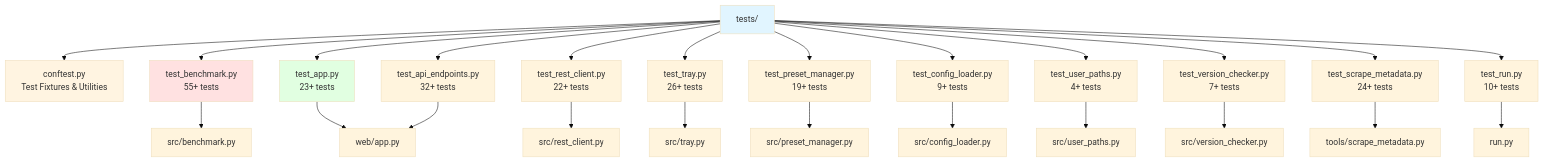
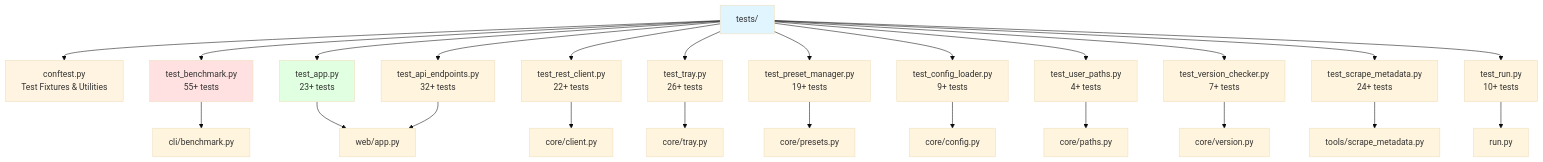
One commit to Ajimaru/LM-Studio-Bench changed diagram 12 of 12 in docs/ARCHITECTURE.md. Above: the diagram before and after it, drawn with Mermaid (base theme). The commit also changed other lines of this file and 42 other files, not shown here.

First line of the commit message:
Refactor project structure: move source files from 'src/' to 'core/' and 'cli/' directories

````diff
--- a/docs/ARCHITECTURE.md
+++ b/docs/ARCHITECTURE.md
@@ -822,33 +822,33 @@
 ```mermaid
 graph TB
     Tests[tests/] --> Fixtures[conftest.py<br/>Test Fixtures & Utilities]
 
     Tests --> BenchmarkTests[test_benchmark.py<br/>55+ tests]
     Tests --> AppTests[test_app.py<br/>23+ tests]
     Tests --> APITests[test_api_endpoints.py<br/>32+ tests]
     Tests --> RestTests[test_rest_client.py<br/>22+ tests]
     Tests --> TrayTests[test_tray.py<br/>26+ tests]
     Tests --> PresetTests[test_preset_manager.py<br/>19+ tests]
     Tests --> ConfigTests[test_config_loader.py<br/>9+ tests]
     Tests --> PathTests[test_user_paths.py<br/>4+ tests]
     Tests --> VersionTests[test_version_checker.py<br/>7+ tests]
     Tests --> MetadataTests[test_scrape_metadata.py<br/>24+ tests]
     Tests --> RunTests[test_run.py<br/>10+ tests]
 
-    BenchmarkTests --> Benchmark[src/benchmark.py]
+    BenchmarkTests --> Benchmark[cli/benchmark.py]
     AppTests --> WebApp[web/app.py]
     APITests --> WebApp
-    RestTests --> RestClient[src/rest_client.py]
-    TrayTests --> Tray[src/tray.py]
-    PresetTests --> PresetMgr[src/preset_manager.py]
-    ConfigTests --> ConfigLoader[src/config_loader.py]
-    PathTests --> UserPaths[src/user_paths.py]
-    VersionTests --> VersionChecker[src/version_checker.py]
+    RestTests --> RestClient[core/client.py]
+    TrayTests --> Tray[core/tray.py]
+    PresetTests --> PresetMgr[core/presets.py]
+    ConfigTests --> ConfigLoader[core/config.py]
+    PathTests --> UserPaths[core/paths.py]
+    VersionTests --> VersionChecker[core/version.py]
     MetadataTests --> Metadata[tools/scrape_metadata.py]
     RunTests --> RunPy[run.py]
 
     style Tests fill:#e1f5ff
     style Fixtures fill:#fff4e1
     style BenchmarkTests fill:#ffe1e1
     style AppTests fill:#e1ffe1
 ```
````
